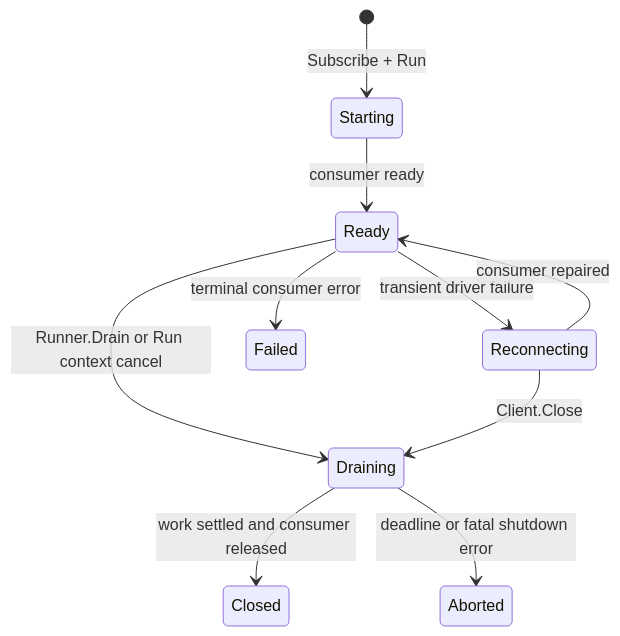
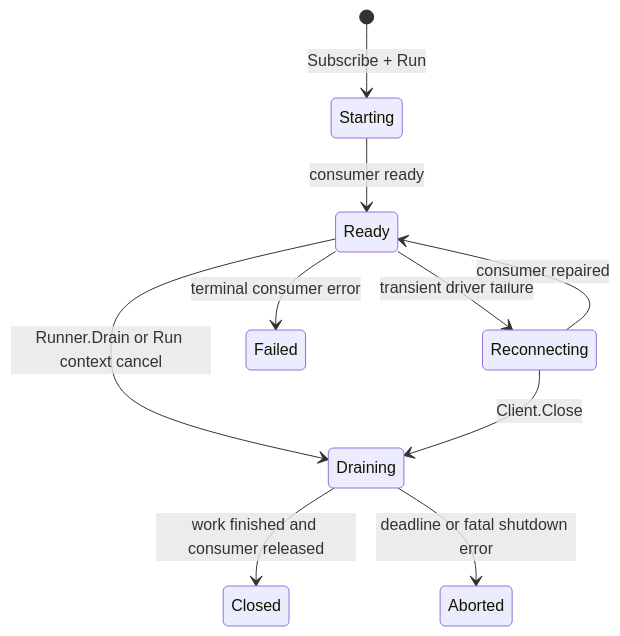
One commit to bktrung/edm_sdk changed the first of 2 diagrams in docs/advanced-topics/lifecycle-and-shutdown.md. Above: the diagram before and after it, drawn with Mermaid. The commit also changed other lines of this file and 242 other files, not shown here.

````diff
--- a/docs/advanced-topics/lifecycle-and-shutdown.md
+++ b/docs/advanced-topics/lifecycle-and-shutdown.md
@@ -16,12 +9,12 @@
 ```mermaid
 stateDiagram-v2
     [*] --> Starting: Subscribe + Run
     Starting --> Ready: consumer ready
     Ready --> Reconnecting: transient driver failure
     Reconnecting --> Ready: consumer repaired
     Ready --> Draining: Runner.Drain or Run context cancel
     Reconnecting --> Draining: Client.Close
-    Draining --> Closed: work settled and consumer released
+    Draining --> Closed: work finished and consumer released
     Draining --> Aborted: deadline or fatal shutdown error
     Ready --> Failed: terminal consumer error
 ```
````
